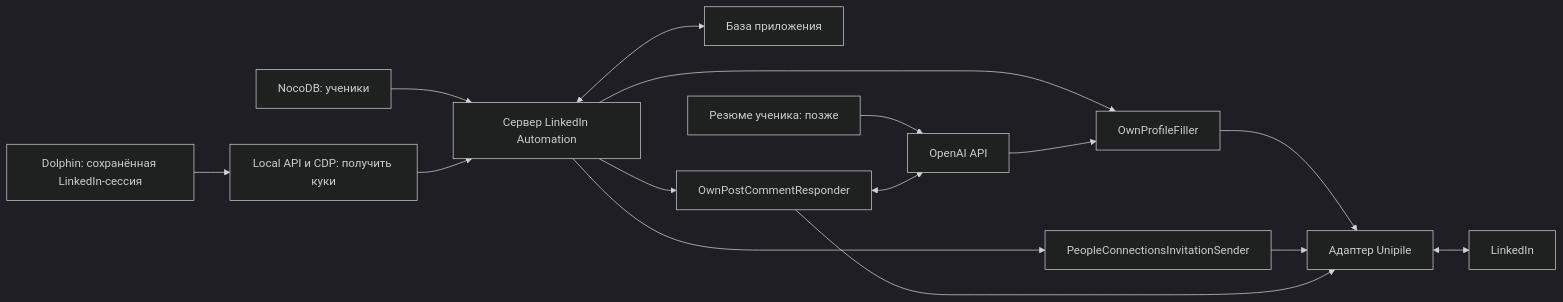
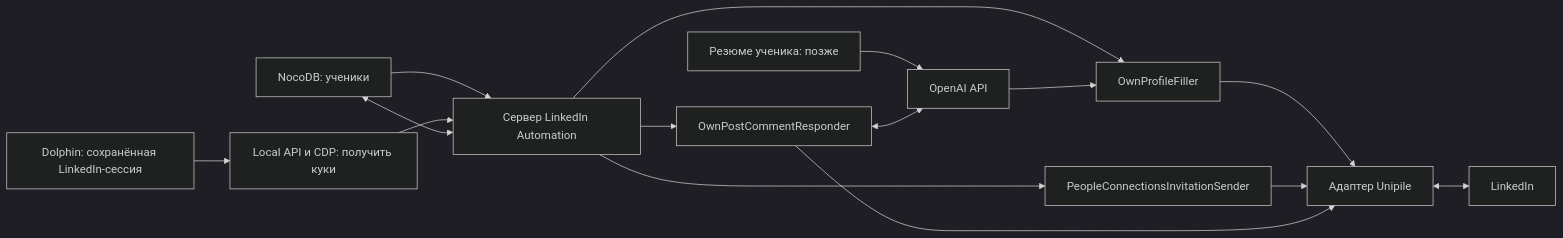
Before and after one commit to Kira2K/unicorn-autoresponder: the diagram in src/features/linkedin-automation/ARCHITECTURE.md, drawn with Mermaid (dark theme). The commit also changed other lines of this file and 5 other files, not shown here.

Commit message:
docs(linkedin): finalize session auth architecture

````diff
--- a/src/features/linkedin-automation/ARCHITECTURE.md
+++ b/src/features/linkedin-automation/ARCHITECTURE.md
@@ -14,20 +13,20 @@
 ```mermaid
 flowchart LR
     N["NocoDB: ученики"] --> B["Сервер LinkedIn Automation"]
     D["Dolphin: сохранённая LinkedIn-сессия"] --> C["Local API и CDP: получить куки"]
     C --> B
-    B <--> DB["База приложения"]
+    B <--> N
 
     B --> PF["OwnProfileFiller"]
     B --> CI["PeopleConnectionsInvitationSender"]
     B --> CR["OwnPostCommentResponder"]
 
     PF --> U["Адаптер Unipile"]
     CI --> U
     CR --> U
     U <--> L["LinkedIn"]
 
     CV["Резюме ученика: позже"] --> O["OpenAI API"]
     O --> PF
     CR <--> O
 ```
````
